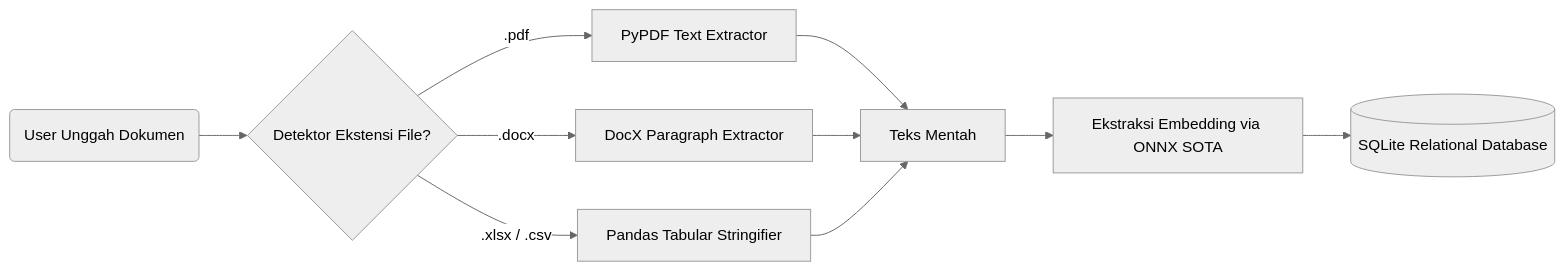
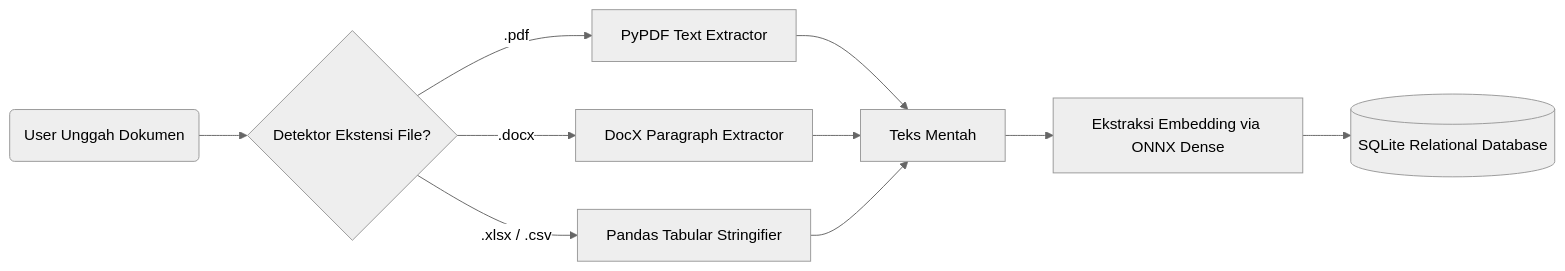
The fourth of 6 diagrams in PRESENTASI_SISTEM_STKI.md (SamantasLair/STKI-PelabelanOtomatis), drawn with Mermaid (neutral theme) before and after one commit. The commit also changed other lines of this file and 18 other files, not shown here.

````diff
--- a/PRESENTASI_SISTEM_STKI.md
+++ b/PRESENTASI_SISTEM_STKI.md
@@ -93,12 +93,12 @@
 ```mermaid
 graph LR
     A(User Unggah Dokumen) --> B{Detektor Ekstensi File?}
     B -->|.pdf| C[PyPDF Text Extractor]
     B -->|.docx| D[DocX Paragraph Extractor]
     B -->|.xlsx / .csv| E[Pandas Tabular Stringifier]
     C --> F[Teks Mentah]
     D --> F
     E --> F
-    F --> G[Ekstraksi Embedding via ONNX SOTA]
+    F --> G[Ekstraksi Embedding via ONNX Dense]
     G --> H[(SQLite Relational Database)]
 ```
````
